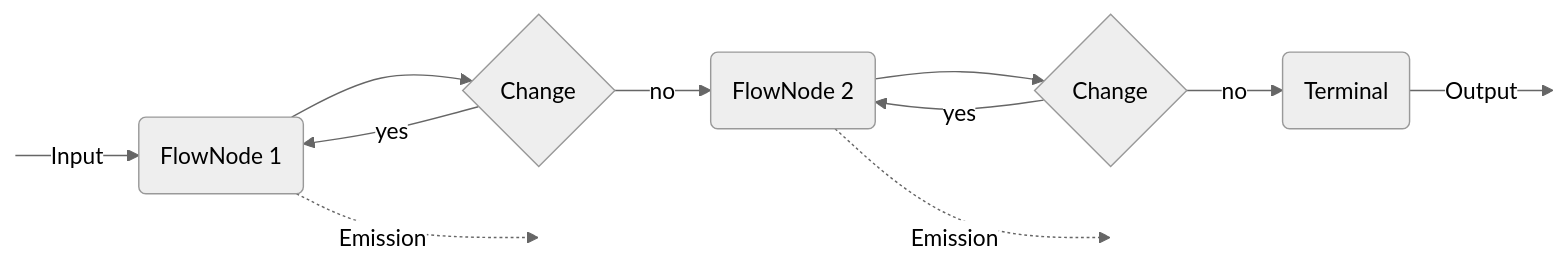
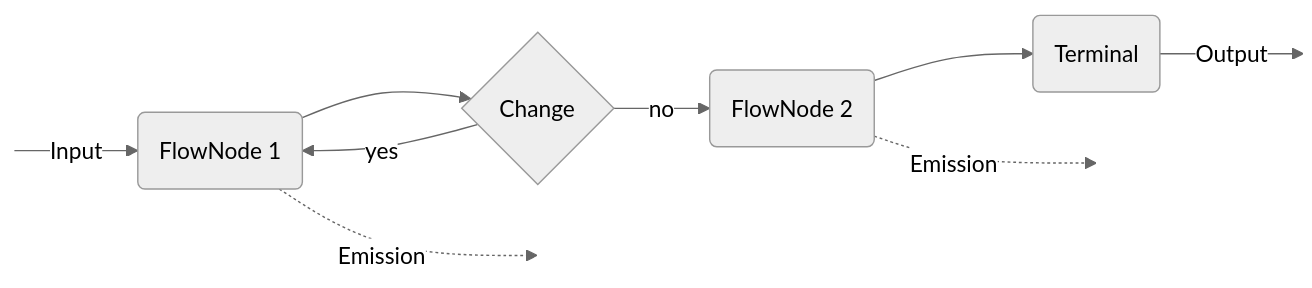
Before and after one commit to SeivenBell/oqd-core: the second of 7 diagrams in docs/compilation.md, drawn with Mermaid (neutral theme). The commit also changed other lines of this file, not shown here.

````diff
--- a/docs/compilation.md
+++ b/docs/compilation.md
@@ -17,14 +19,12 @@
-    ```mermaid
-    flowchart LR
+        ```mermaid
+        flowchart LR
+        
+        START:::hidden -- Input --> node1(FlowNode 1) --> change1{Change} -- no --> node2(FlowNode 2) --> terminal(Terminal) -- Output --> END:::hidden
 
+        change1 -- yes --> node1
+
+        node1 -. Emission .-> MID1:::hidden
+        node2 -. Emission .-> MID2:::hidden
     
-    START:::hidden -- Input --> node1(FlowNode 1) --> change1{Change} -- no --> node2(FlowNode 2) --> change2{Change} -- no --> terminal(Terminal) -- Output --> END:::hidden
-
-    change1 -- yes --> node1
-    node1 -. Emission .-> MID1:::hidden
-
-    change2 -- yes --> node2
-    node2 -. Emission .-> MID2:::hidden
-
-    classDef hidden display: none;
-    ```
+        classDef hidden display:none;
+        ```
````
